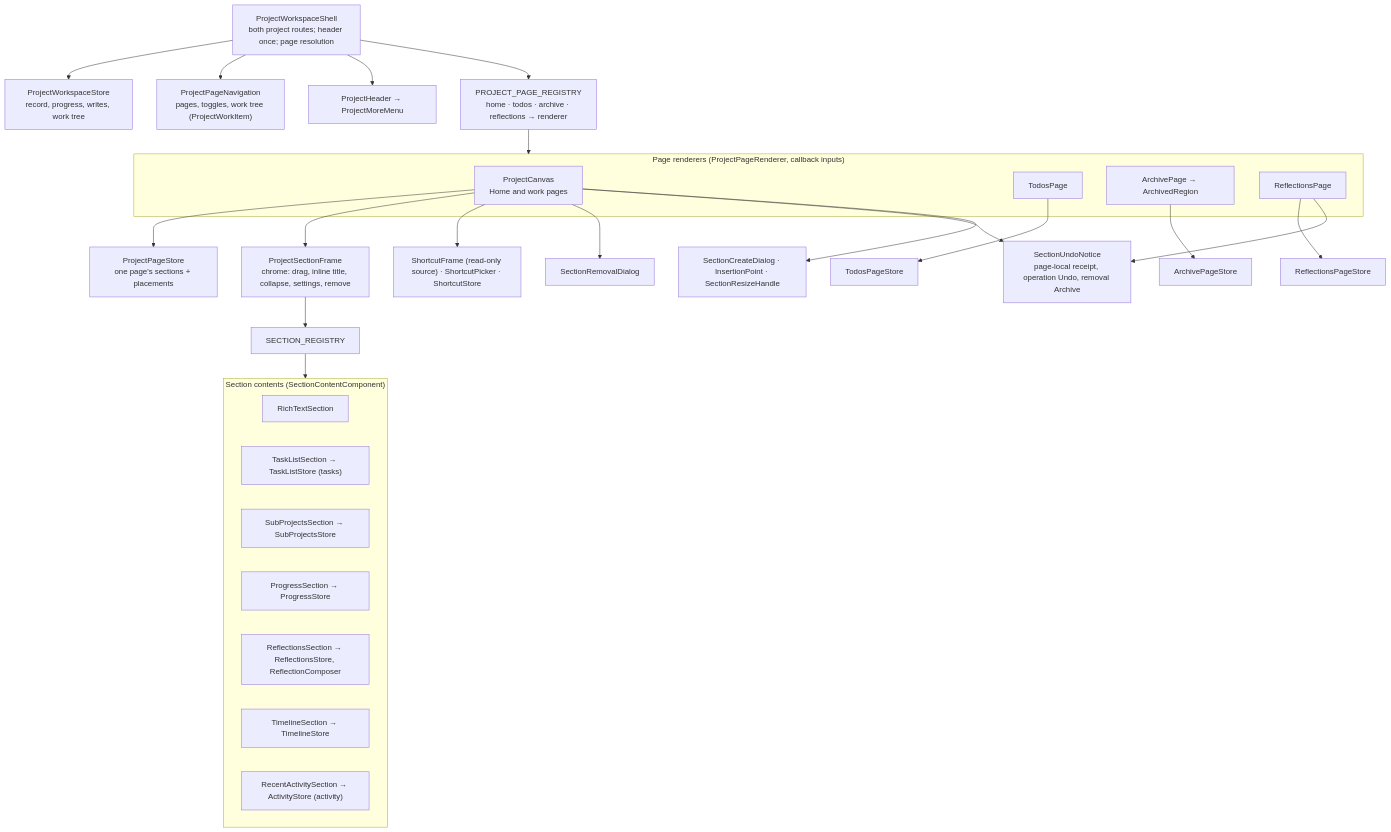
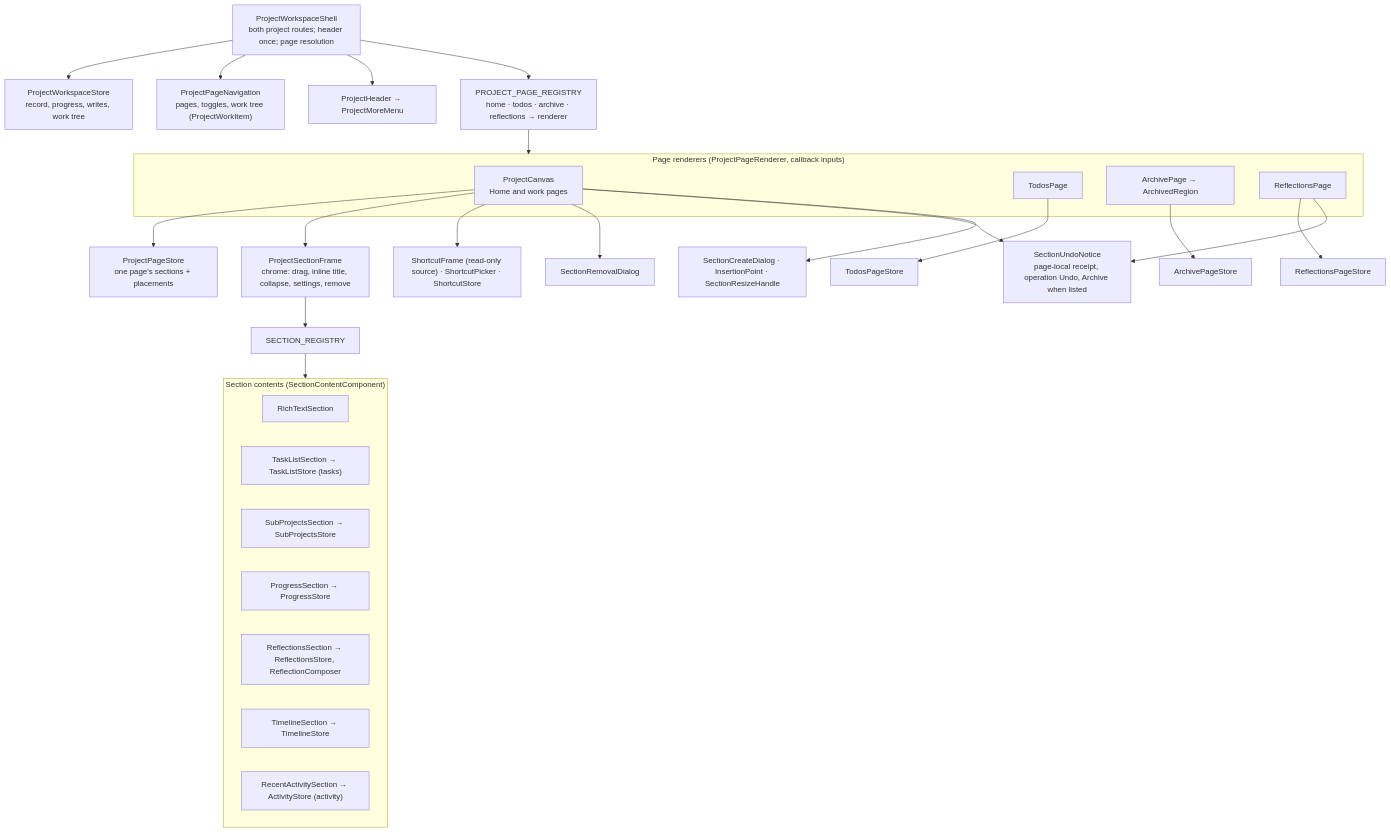
One commit to CalciteDragon/Canvas-work-manager-prototype changed the first of 2 diagrams in docs/architecture/web/projects/what.md. Above: the diagram before and after it, drawn with Mermaid. The commit also changed other lines of this file and 35 other files, not shown here.

````diff
--- a/docs/architecture/web/projects/what.md
+++ b/docs/architecture/web/projects/what.md
@@ -5,47 +5,47 @@
 ```mermaid
 flowchart TB
   shell["ProjectWorkspaceShell<br/>both project routes; header once; page resolution"]
   wstore["ProjectWorkspaceStore<br/>record, progress, writes, work tree"]
   nav["ProjectPageNavigation<br/>pages, toggles, work tree (ProjectWorkItem)"]
   header["ProjectHeader → ProjectMoreMenu"]
   reg["PROJECT_PAGE_REGISTRY<br/>home · todos · archive · reflections → renderer"]
   subgraph renderers["Page renderers (ProjectPageRenderer, callback inputs)"]
     canvas["ProjectCanvas<br/>Home and work pages"]
     todos["TodosPage"]
     archive["ArchivePage → ArchivedRegion"]
     refl["ReflectionsPage"]
   end
   pstore["ProjectPageStore<br/>one page's sections + placements"]
   tstore["TodosPageStore"]
   astore["ArchivePageStore"]
   rstore["ReflectionsPageStore"]
   frame["ProjectSectionFrame<br/>chrome: drag, inline title, collapse, settings, remove"]
   sreg["SECTION_REGISTRY"]
   subgraph sections["Section contents (SectionContentComponent)"]
     rt["RichTextSection"]
     tl["TaskListSection → TaskListStore (tasks)"]
     sp["SubProjectsSection → SubProjectsStore"]
     pg["ProgressSection → ProgressStore"]
     rf["ReflectionsSection → ReflectionsStore, ReflectionComposer"]
     tm["TimelineSection → TimelineStore"]
     ra["RecentActivitySection → ActivityStore (activity)"]
   end
   sc["ShortcutFrame (read-only source) · ShortcutPicker · ShortcutStore"]
   dialog["SectionRemovalDialog"]
-  notice["SectionUndoNotice<br/>page-local receipt, operation Undo, removal Archive"]
+  notice["SectionUndoNotice<br/>page-local receipt, operation Undo, Archive when listed"]
   create["SectionCreateDialog · InsertionPoint · SectionResizeHandle"]
   shell --> wstore
   shell --> nav
   shell --> header
   shell --> reg --> renderers
   canvas --> pstore
   todos --> tstore
   archive --> astore
   refl --> rstore
   canvas --> frame --> sreg --> sections
   canvas --> sc
   canvas --> dialog
   canvas --> notice
   refl --> notice
   canvas --> create
 ```
````
